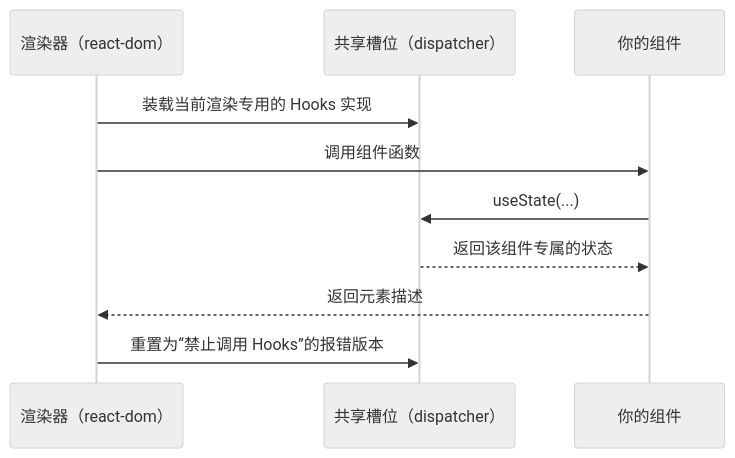
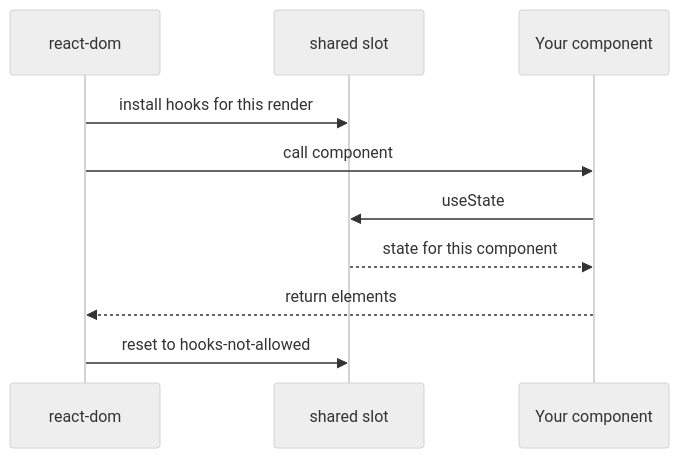
Before and after one commit to ZhaoTim/react-garden-zh: the second of 2 diagrams in content/react-concepts/02 Elements, Components and the Tree.md, drawn with Mermaid (neutral theme). The commit also changed other lines of this file and 12 other files, not shown here.

Commit message:
fix: restore all Mermaid diagrams to original English technical terms

````diff
--- a/content/react-concepts/02 Elements, Components and the Tree.md
+++ b/content/react-concepts/02 Elements, Components and the Tree.md
@@ -150,12 +150,12 @@
 ```mermaid
 sequenceDiagram
-    participant RD as 渲染器（react-dom）
-    participant S as 共享槽位（dispatcher）
-    participant C as 你的组件
-    RD->>S: 装载当前渲染专用的 Hooks 实现
-    RD->>C: 调用组件函数
-    C->>S: useState(...)
-    S-->>C: 返回该组件专属的状态
-    C-->>RD: 返回元素描述
-    RD->>S: 重置为“禁止调用 Hooks”的报错版本
+    participant RD as react-dom
+    participant S as shared slot
+    participant C as Your component
+    RD->>S: install hooks for this render
+    RD->>C: call component
+    C->>S: useState
+    S-->>C: state for this component
+    C-->>RD: return elements
+    RD->>S: reset to hooks-not-allowed
 ```
````
